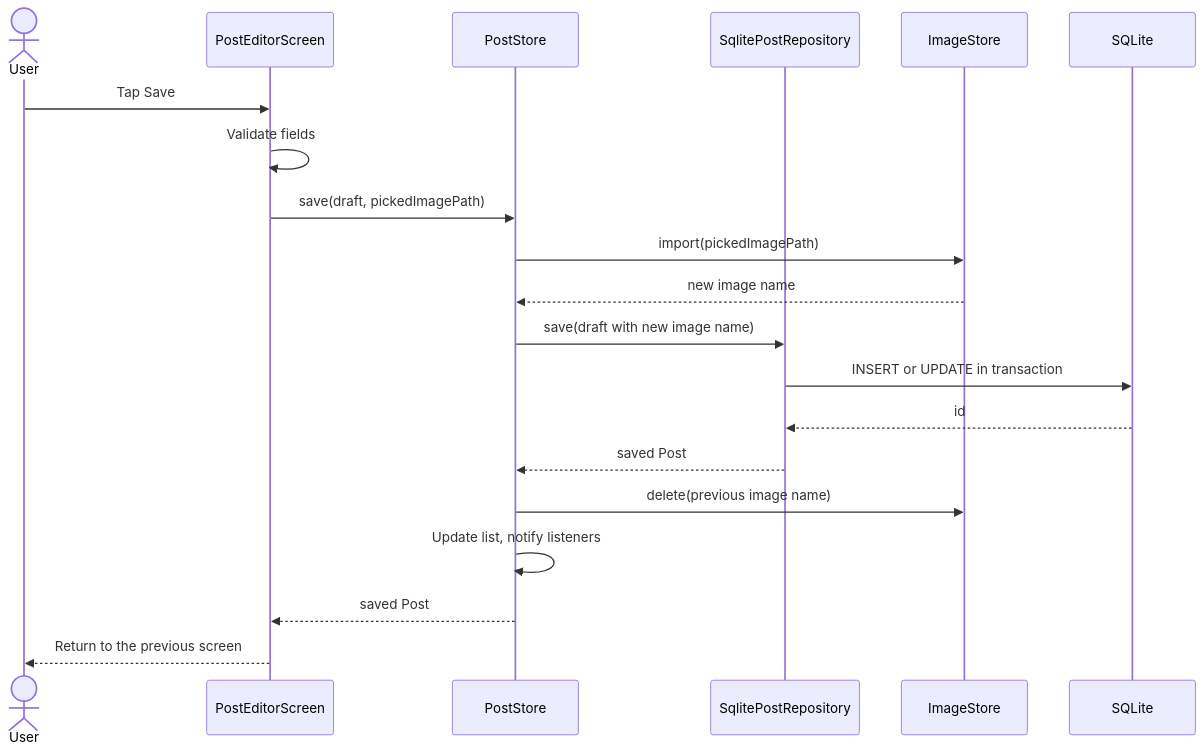
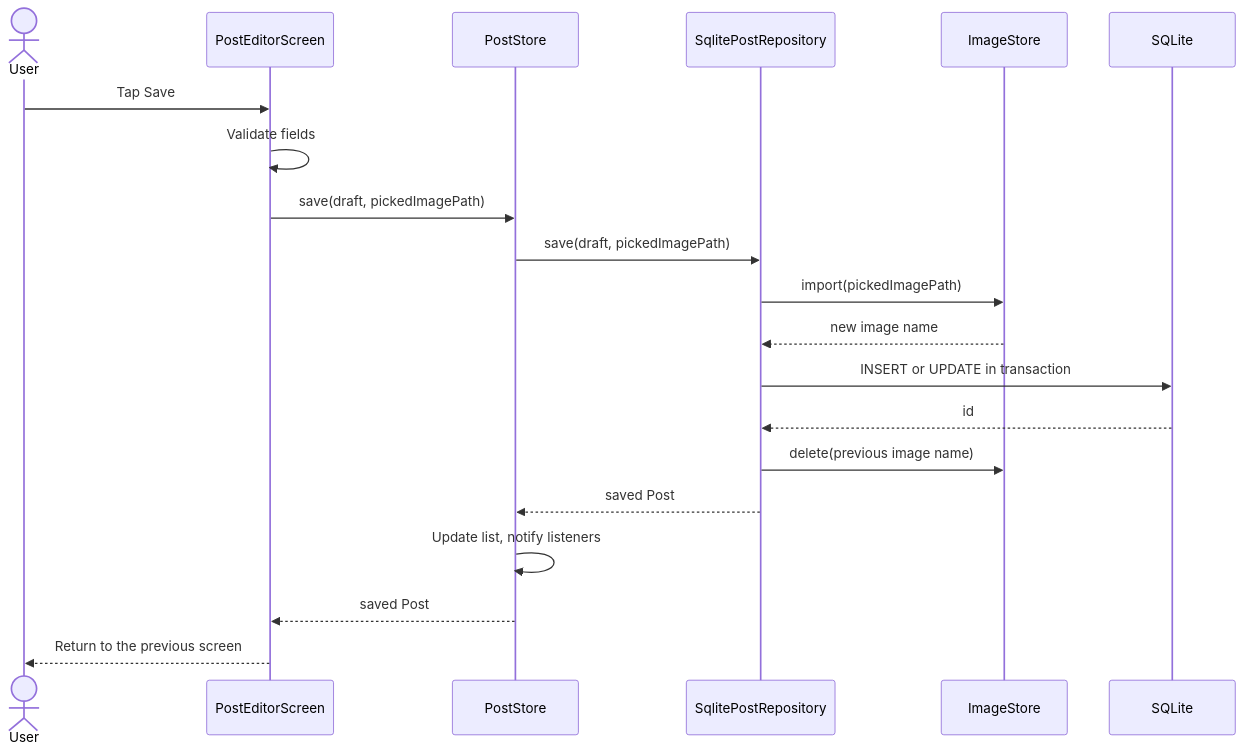
The second of 6 diagrams in docs/DESIGN.md (baho-j/folio-blog), drawn with Mermaid before and after one commit. The commit also changed other lines of this file and 21 other files, not shown here.

````diff
--- a/docs/DESIGN.md
+++ b/docs/DESIGN.md
@@ -100,23 +109,23 @@
 ```mermaid
 sequenceDiagram
     actor User
     participant Editor as PostEditorScreen
     participant Store as PostStore
     participant Repo as SqlitePostRepository
     participant Images as ImageStore
     participant DB as SQLite
 
     User->>Editor: Tap Save
     Editor->>Editor: Validate fields
     Editor->>Store: save(draft, pickedImagePath)
-    Store->>Images: import(pickedImagePath)
-    Images-->>Store: new image name
-    Store->>Repo: save(draft with new image name)
+    Store->>Repo: save(draft, pickedImagePath)
+    Repo->>Images: import(pickedImagePath)
+    Images-->>Repo: new image name
     Repo->>DB: INSERT or UPDATE in transaction
     DB-->>Repo: id
+    Repo->>Images: delete(previous image name)
     Repo-->>Store: saved Post
-    Store->>Images: delete(previous image name)
     Store->>Store: Update list, notify listeners
     Store-->>Editor: saved Post
     Editor-->>User: Return to the previous screen
 ```
````
